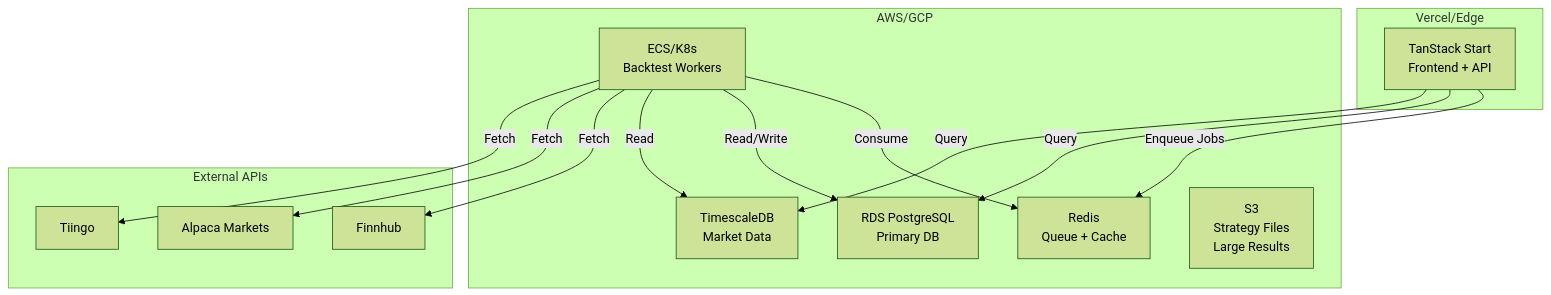
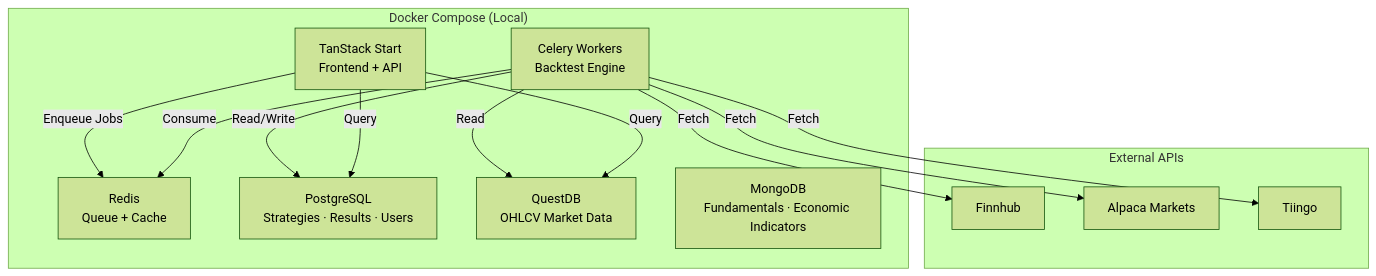
The eighth of 9 diagrams in system_design.md (huydhoang/quantlens-docs), drawn with Mermaid (forest theme) before and after one commit. The commit also changed other lines of this file and 5 other files, not shown here.

Commit message:
docs: update to local-first architecture with QuestDB, Docker Compose, and Neon platform

````diff
--- a/system_design.md
+++ b/system_design.md
@@ -336,32 +344,28 @@
 ```mermaid
 graph TB
-    subgraph "Vercel/Edge"
+    subgraph "Docker Compose (Local)"
         A[TanStack Start<br/>Frontend + API]
+        B[Celery Workers<br/>Backtest Engine]
+        C[Redis<br/>Queue + Cache]
+
+        D[PostgreSQL<br/>Strategies · Results · Users]
+        E[QuestDB<br/>OHLCV Market Data]
+        F[MongoDB<br/>Fundamentals · Economic Indicators]
     end
-    
-    subgraph "AWS/GCP"
-        B[ECS/K8s<br/>Backtest Workers]
-        C[Redis<br/>Queue + Cache]
-        
-        D[RDS PostgreSQL<br/>Primary DB]
-        E[TimescaleDB<br/>Market Data]
-        
-        F[S3<br/>Strategy Files<br/>Large Results]
-    end
-    
+
     subgraph "External APIs"
         G[Finnhub]
         H[Alpaca Markets]
         TI[Tiingo]
     end
 
     A -->|Enqueue Jobs| C
     B -->|Consume| C
     B -->|Read/Write| D
     B -->|Read| E
     B -->|Fetch| G
     B -->|Fetch| H
     B -->|Fetch| TI
     A -->|Query| D
     A -->|Query| E
 ```
````
